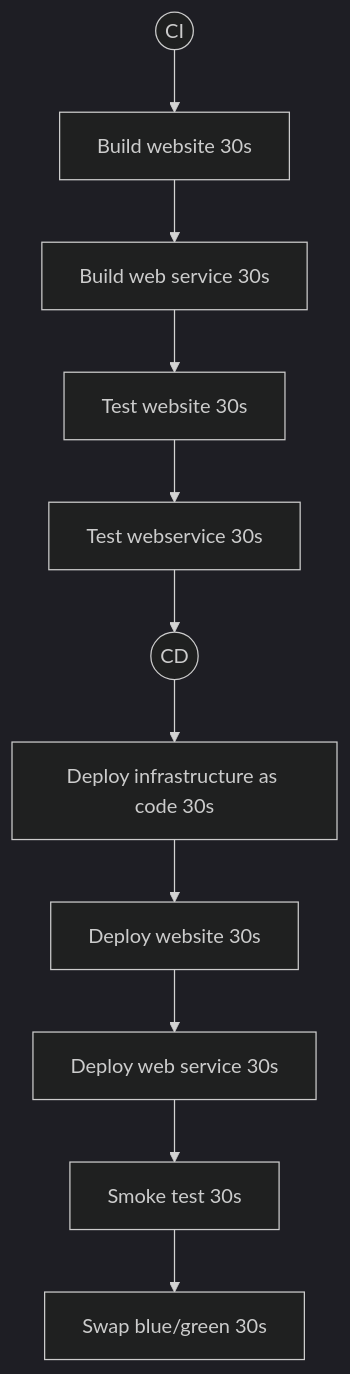
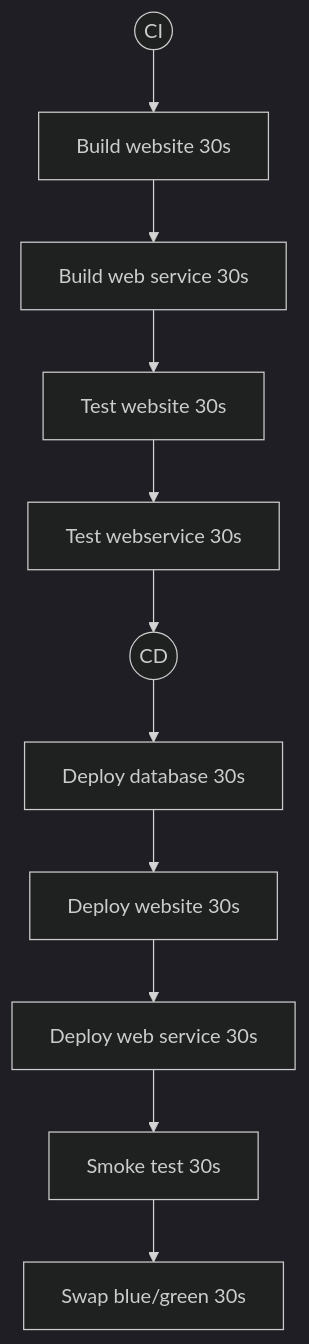
Before and after one commit to samsmithnz/ParallelPipelinesDemo: the first of 2 diagrams in README.md, drawn with Mermaid (dark theme). The commit also changed other lines of this file, not shown here.

````diff
--- a/README.md
+++ b/README.md
@@ -5,5 +5,5 @@
 ```mermaid
   graph TD;
       ci((CI))-->buildweb[Build website 30s]-->buildwebservice[Build web service 30s]-->testWebsite[Test website 30s]-->testsWebservice[Test webservice 30s]-->cd((CD));
-      cd((CD))-->deployIAC[Deploy infrastructure as code 30s]-->deployWebsite[Deploy website 30s]-->deployWebService[Deploy web service 30s]-->smoke[Smoke test 30s]-->swap[Swap blue/green 30s];
+      cd((CD))-->deployDB[Deploy database 30s]-->deployWebsite[Deploy website 30s]-->deployWebService[Deploy web service 30s]-->smoke[Smoke test 30s]-->swap[Swap blue/green 30s];
 ```
````
